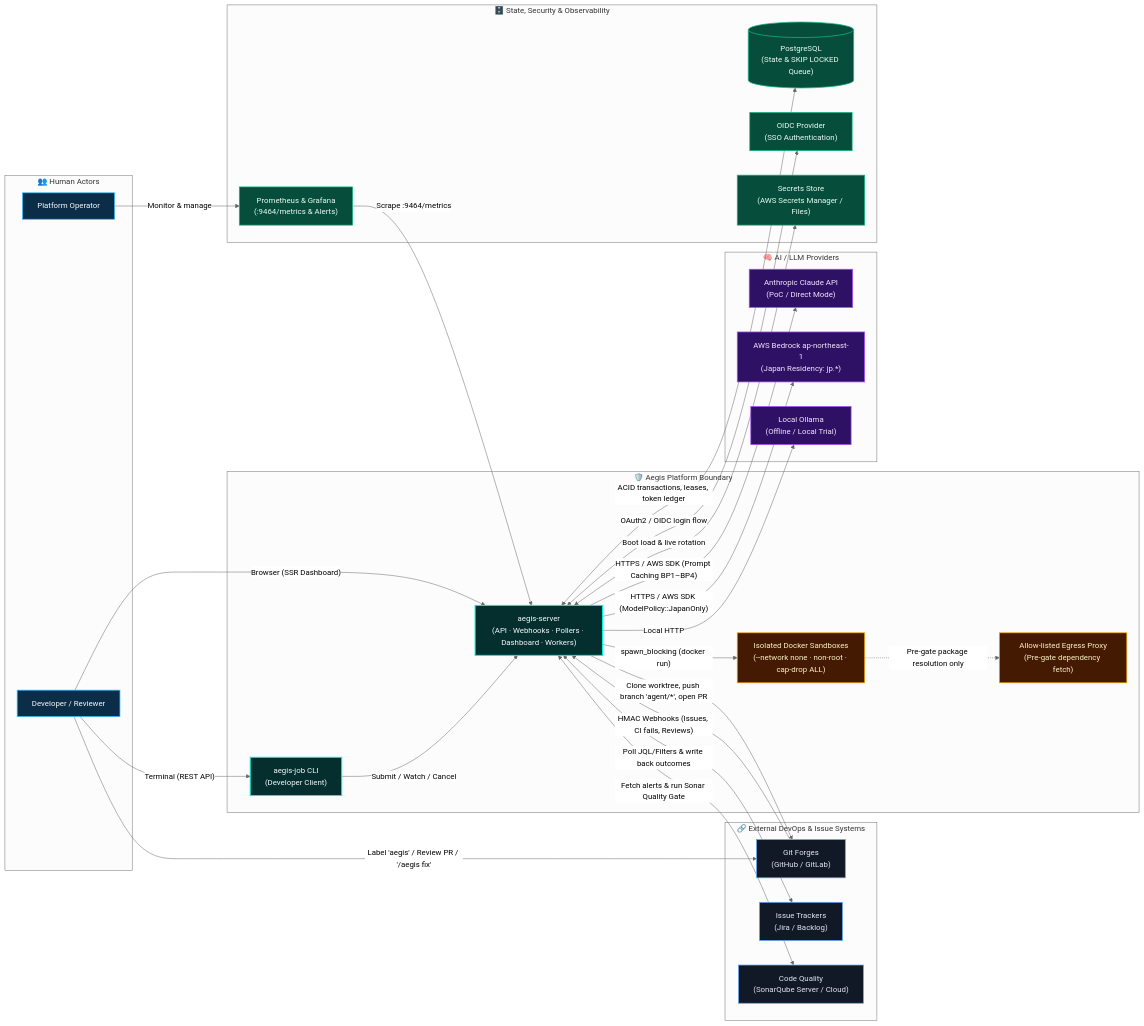
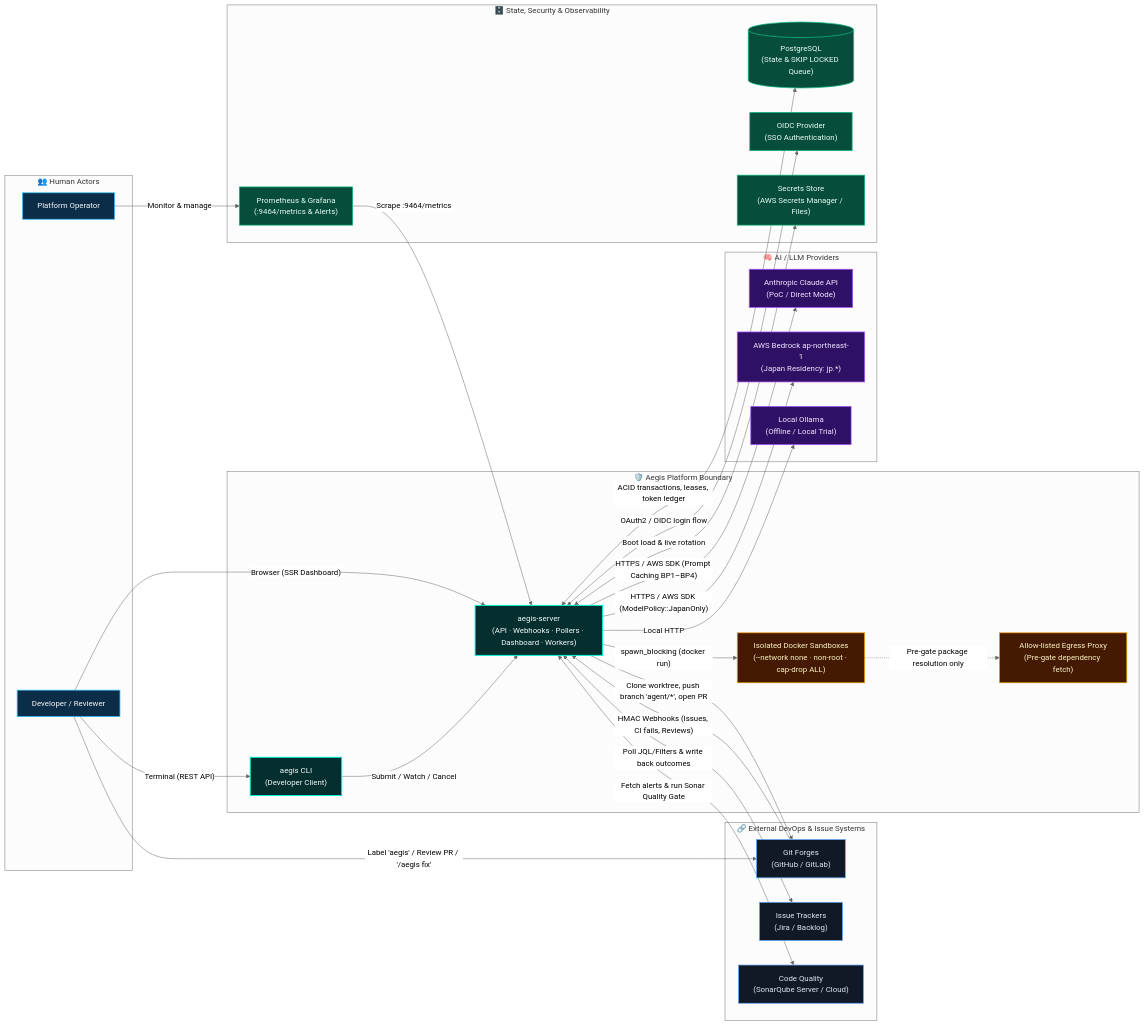
One commit to hoanghainh1188/aegis-code changed the second of 4 diagrams in README.md. Above: the diagram before and after it, drawn with Mermaid (neutral theme). The commit also changed other lines of this file and 24 other files, not shown here.

First line of the commit message:
refactor: rename the client CLI from aegis-job to aegis (#337)

````diff
--- a/README.md
+++ b/README.md
@@ -212,63 +212,63 @@
 ```mermaid
 flowchart LR
     classDef actor fill:#0c2d48,stroke:#38BDF8,stroke-width:1.5px,color:#F8FAFC;
     classDef external fill:#111927,stroke:#60A5FA,stroke-width:1.5px,color:#E2E8F0;
     classDef aegis fill:#042f2e,stroke:#00F5D4,stroke-width:2px,color:#F8FAFC;
     classDef sandbox fill:#451a03,stroke:#F59E0B,stroke-width:1.5px,color:#FEF3C7;
     classDef llm fill:#2e1065,stroke:#A855F7,stroke-width:1.5px,color:#F3E8FF;
     classDef infra fill:#064e3b,stroke:#10B981,stroke-width:1.5px,color:#ECFDF5;
 
     subgraph Actors["👥 Human Actors"]
         Dev["Developer / Reviewer"]:::actor
         Op["Platform Operator"]:::actor
     end
 
     subgraph ExternalDevOps["🔗 External DevOps & Issue Systems"]
         Forge["Git Forges<br/>(GitHub / GitLab)"]:::external
         Tracker["Issue Trackers<br/>(Jira / Backlog)"]:::external
         Sonar["Code Quality<br/>(SonarQube Server / Cloud)"]:::external
     end
 
     subgraph AegisBoundary["🛡️ Aegis Platform Boundary"]
-        CLI["aegis-job CLI<br/>(Developer Client)"]:::aegis
+        CLI["aegis CLI<br/>(Developer Client)"]:::aegis
         Server["aegis-server<br/>(API · Webhooks · Pollers · Dashboard · Workers)"]:::aegis
         Sandbox["Isolated Docker Sandboxes<br/>(--network none · non-root · cap-drop ALL)"]:::sandbox
         Proxy["Allow-listed Egress Proxy<br/>(Pre-gate dependency fetch)"]:::sandbox
     end
 
     subgraph AIProviders["🧠 AI / LLM Providers"]
         Claude["Anthropic Claude API<br/>(PoC / Direct Mode)"]:::llm
         Bedrock["AWS Bedrock ap-northeast-1<br/>(Japan Residency: jp.*)"]:::llm
         Ollama["Local Ollama<br/>(Offline / Local Trial)"]:::llm
     end
 
     subgraph Infra["🗄️ State, Security & Observability"]
         PG[("PostgreSQL<br/>(State & SKIP LOCKED Queue)")]:::infra
         OIDC["OIDC Provider<br/>(SSO Authentication)"]:::infra
         Secrets["Secrets Store<br/>(AWS Secrets Manager / Files)"]:::infra
         Prom["Prometheus & Grafana<br/>(:9464/metrics & Alerts)"]:::infra
     end
 
     Dev -->|"Browser (SSR Dashboard)"| Server
     Dev -->|"Terminal (REST API)"| CLI
     CLI -->|"Submit / Watch / Cancel"| Server
     Dev -->|"Label 'aegis' / Review PR / '/aegis fix'"| Forge
 
     Forge -->|"HMAC Webhooks (Issues, CI fails, Reviews)"| Server
     Server -->|"Clone worktree, push branch 'agent/*', open PR"| Forge
     Server <-->|"Poll JQL/Filters & write back outcomes"| Tracker
     Server <-->|"Fetch alerts & run Sonar Quality Gate"| Sonar
 
     Server -->|"HTTPS / AWS SDK (Prompt Caching BP1–BP4)"| Claude
     Server -->|"HTTPS / AWS SDK (ModelPolicy::JapanOnly)"| Bedrock
     Server -->|"Local HTTP"| Ollama
 
     Server <-->|"ACID transactions, leases, token ledger"| PG
     Server <-->|"OAuth2 / OIDC login flow"| OIDC
     Server <-- "Boot load & live rotation" --> Secrets
     Prom -->|"Scrape :9464/metrics"| Server
     Op -->|"Monitor & manage"| Prom
 
     Server -->|"spawn_blocking (docker run)"| Sandbox
     Sandbox -.->|"Pre-gate package resolution only"| Proxy
 ```
````
